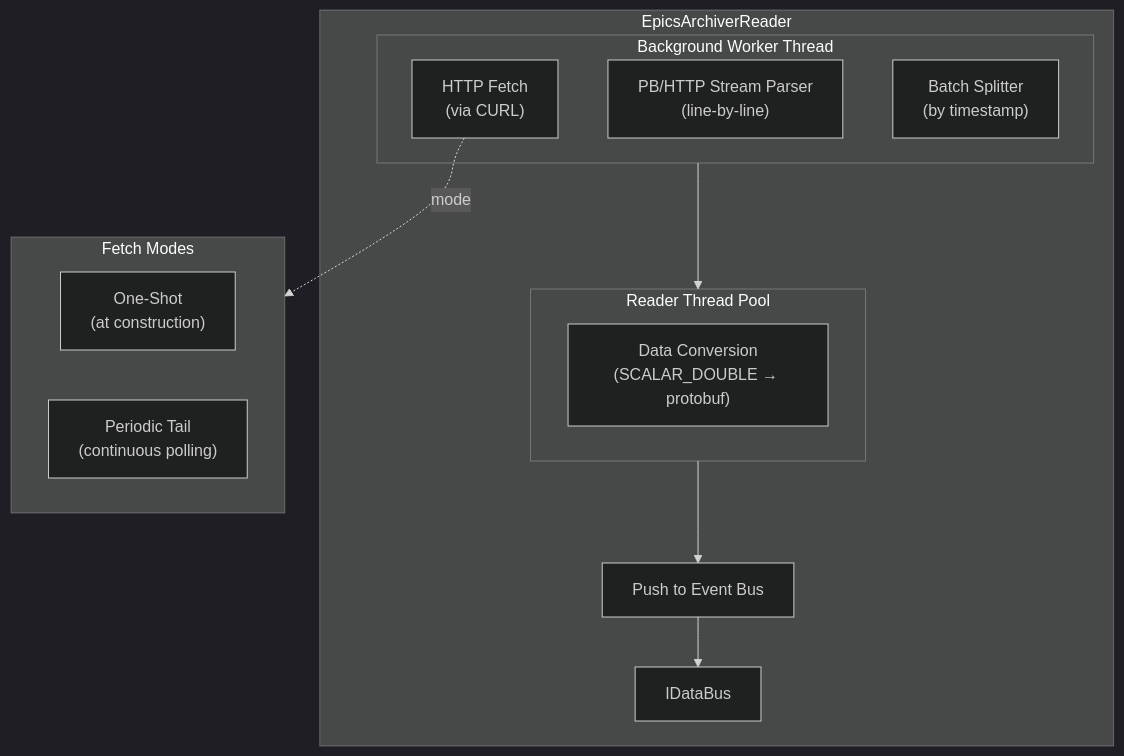
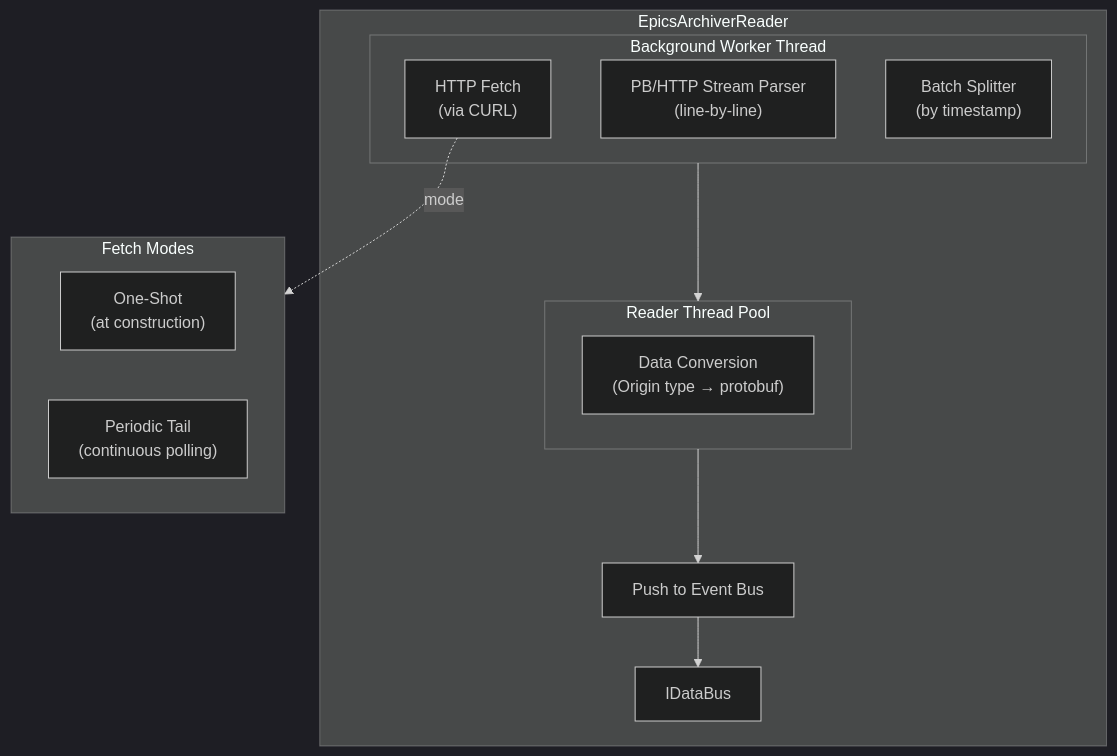
Before and after one commit to slaclab/mldp-pvxs-driver: the diagram in docs/readers/epics-archiver-reader.md, drawn with Mermaid (dark theme). The commit also changed other lines of this file and 21 other files, not shown here.

````diff
--- a/docs/readers/epics-archiver-reader.md
+++ b/docs/readers/epics-archiver-reader.md
@@ -17,26 +17,26 @@
 ```mermaid
 flowchart TB
     subgraph EpicsArchiverReader["EpicsArchiverReader"]
         subgraph Worker["Background Worker Thread"]
             Fetch["HTTP Fetch<br/>(via CURL)"]
             Parse["PB/HTTP Stream Parser<br/>(line-by-line)"]
             Batch["Batch Splitter<br/>(by timestamp)"]
         end
 
         Worker --> ReaderPool
 
         subgraph ReaderPool["Reader Thread Pool"]
-            Convert["Data Conversion<br/>(SCALAR_DOUBLE → protobuf)"]
+            Convert["Data Conversion<br/>(Origin type → protobuf)"]
         end
 
         ReaderPool --> Push["Push to Event Bus"]
         Push --> Bus["IDataBus"]
     end
 
     subgraph Modes["Fetch Modes"]
         Historical["One-Shot<br/>(at construction)"]
         Periodic["Periodic Tail<br/>(continuous polling)"]
     end
 
     Fetch -.->|mode| Modes
 ```
````
